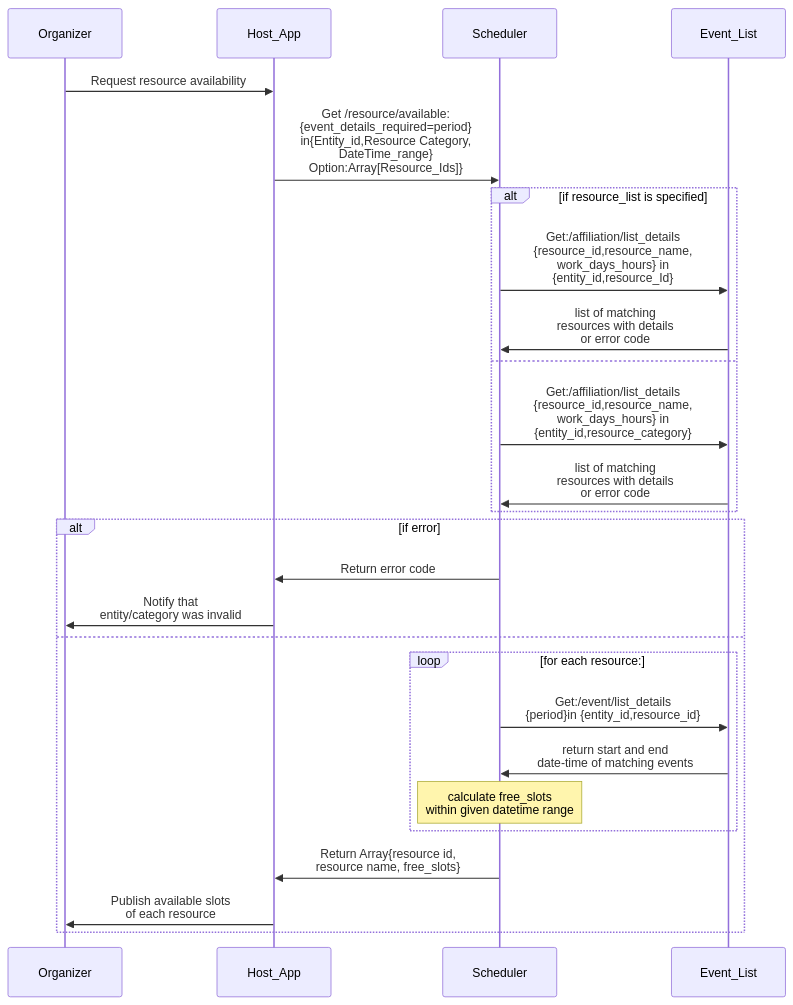
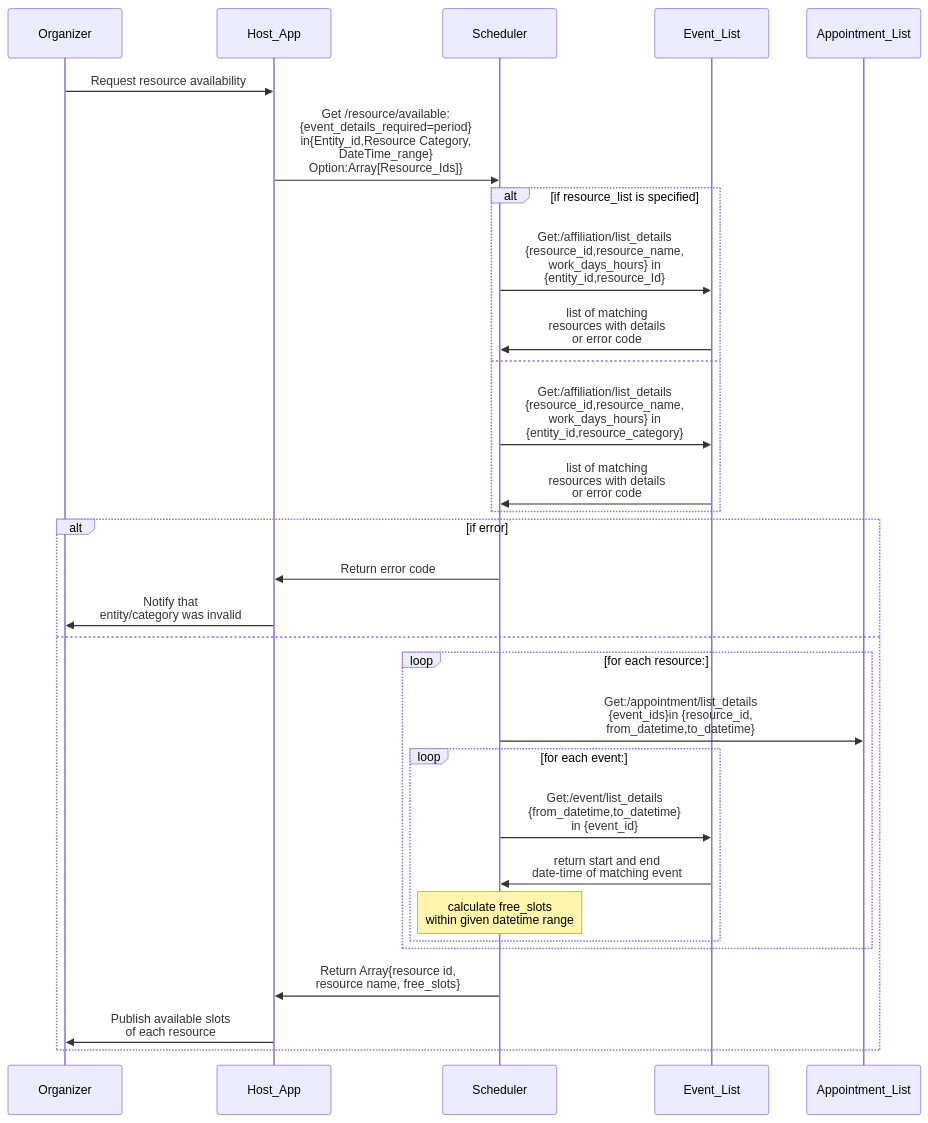
One commit to GovStackWorkingGroup/scheduler changed the second of 14 diagrams in spec/9-workflows.md. Above: the diagram before and after it, drawn with Mermaid. The commit also changed other lines of this file and 11 other files, not shown here.

````diff
--- a/spec/9-workflows.md
+++ b/spec/9-workflows.md
@@ -75,24 +74,27 @@
 ```mermaid
 sequenceDiagram
 Organizer->>Host_App: Request resource availability
 Host_App->>Scheduler: Get /resource/available:<br>{event_details_required=period}<br> in{Entity_id,Resource Category,<br>DateTime_range}<br>Option:Array[Resource_Ids]}
 alt if resource_list is specified
   Scheduler->>Event_List:Get:/affiliation/list_details<br>{resource_id,resource_name,<br>work_days_hours} in<br>{entity_id,resource_Id} 
   Event_List->>Scheduler:list of matching<br>resources with details<br> or error code
 else
   Scheduler->>Event_List:Get:/affiliation/list_details<br>{resource_id,resource_name,<br>work_days_hours} in<br>{entity_id,resource_category} 
   Event_List->>Scheduler:list of matching<br>resources with details<br> or error code
 end
 alt if error
   Scheduler->>Host_App: Return error code
   Host_App->>Organizer: Notify that <br>entity/category was invalid
 else
   Loop for each resource:
-    Scheduler->>Event_List:Get:/event/list_details<br>{period}in {entity_id,resource_id} 
-    Event_List->>Scheduler: return start and end<Br> date-time of matching events
-    note over Scheduler:calculate free_slots <br>within given datetime range
-  end
+    Scheduler->>Appointment_List:Get:/appointment/list_details<br>{event_ids}in {resource_id,<br> from_datetime,to_datetime}
+    Loop for each event:
+      Scheduler->>Event_List:Get:/event/list_details<br>{from_datetime,to_datetime}<br>in {event_id} 
+      Event_List->>Scheduler: return start and end<Br> date-time of matching event
+      note over Scheduler:calculate free_slots <br>within given datetime range
+    end
+end
   Scheduler->>Host_App: Return Array{resource id,<br> resource name, free_slots}
   Host_App->>Organizer: Publish available slots<br> of each resource
 end
 ```
````
